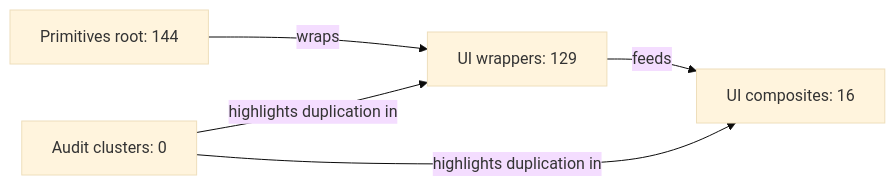
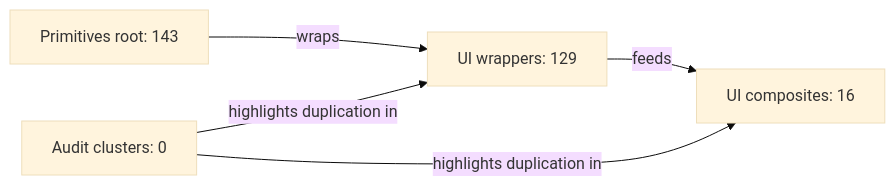
Before and after one commit to rob-balfre/dryui: the first of 2 diagrams in reports/architecture-audit.md, drawn with Mermaid (base theme). The commit also changed other lines of this file and 1 other file, not shown here.

First line of the commit message:
chore(reports): refresh architecture and master audit reports

````diff
--- a/reports/architecture-audit.md
+++ b/reports/architecture-audit.md
@@ -18,11 +18,11 @@
 ```mermaid
 flowchart LR
-  p_root["Primitives root: 144"]
+  p_root["Primitives root: 143"]
   u_wrap["UI wrappers: 129"]
   u_comp["UI composites: 16"]
   audit["Audit clusters: 0"]
   p_root -->|wraps| u_wrap
   u_wrap -->|feeds| u_comp
   audit -->|highlights duplication in| u_comp
   audit -->|highlights duplication in| u_wrap
 ```
````
